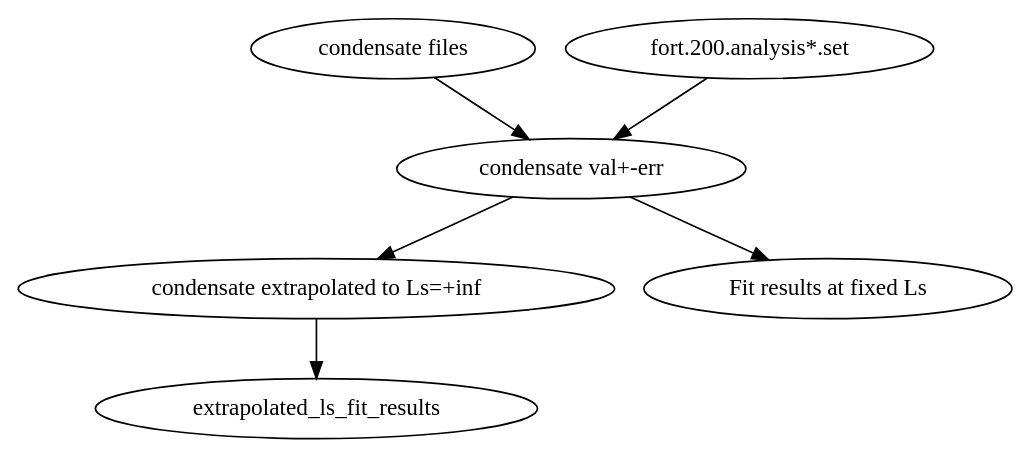
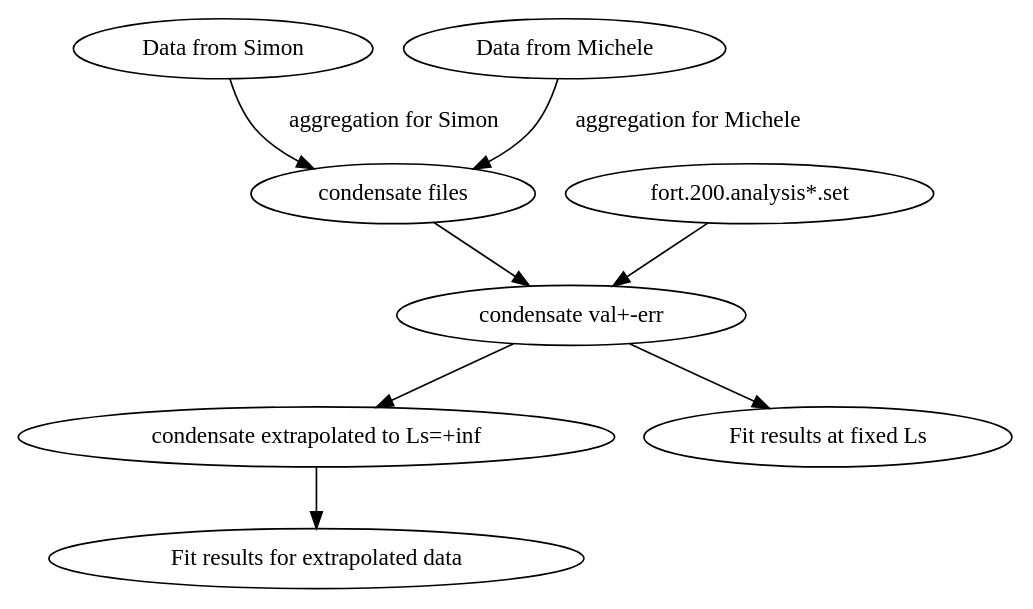
The diagram in Docs/flow.gv (sa2c/thirring-model-analysis), drawn with Graphviz before and after one commit. The commit also changed 12 other files, not shown here.

```diff
--- a/Docs/flow.gv
+++ b/Docs/flow.gv
@@ -1,13 +1,18 @@
 digraph G{
+  simons_data [ label = "Data from Simon" ];
+  micheles_data [ label = "Data from Michele" ];
   cond_files [label = "condensate files"];
   analysis_settings [ label = "fort.200.analysis*.set" ] ;
   cond_val_err [ label = "condensate val+-err"];
   extrapolated_values [ label = "condensate extrapolated to Ls=+inf"];
   fixed_ls_fit_results [ label = "Fit results at fixed Ls"];
-  extrapolated_ls_fit_results [ labels = "Fit results for extrapolated data"];
+  extrapolated_ls_fit_results [ label = "Fit results for extrapolated data"];
+  
+  simons_data -> cond_files [label = "aggregation for Simon" ] ;
+  micheles_data -> cond_files [label = "aggregation for Michele" ] ;
   cond_files -> cond_val_err;
   analysis_settings -> cond_val_err;
   cond_val_err -> extrapolated_values;
   cond_val_err -> fixed_ls_fit_results;
   extrapolated_values -> extrapolated_ls_fit_results;
 }
```
